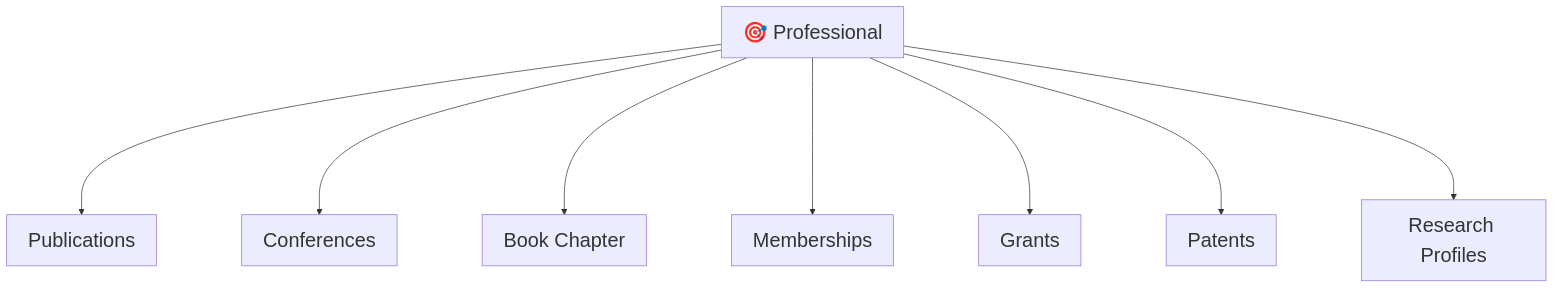
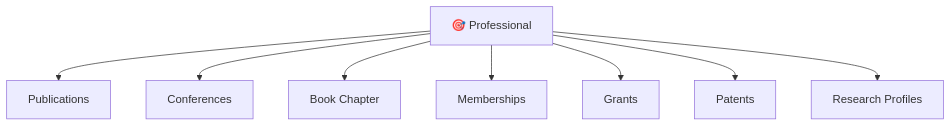
Before and after one commit to ankitn1311/acharya_docs: the seventh of 7 diagrams in src/content/modules/employee/my-menu/my-profile.mdx, drawn with Mermaid. The commit also changed other lines of this file, not shown here.

Commit message:
charts immproved

````diff
--- a/src/content/modules/employee/my-menu/my-profile.mdx
+++ b/src/content/modules/employee/my-menu/my-profile.mdx
@@ -277,11 +244,10 @@
 ```mermaid
-%%{init: {'theme': 'default', 'themeVariables': {'fontSize': '28px', 'nodePadding': '28px', 'nodeBorderRadius': '14px'}, 'flowchart': {'rankSpacing': 200, 'nodeSpacing': 120}}}%%
-graph TB
+flowchart TD
     G[🎯 Professional] --> G1[Publications]
     G --> G2[Conferences]
     G --> G3[Book Chapter]
     G --> G4[Memberships]
     G --> G5[Grants]
     G --> G6[Patents]
     G --> G7[Research Profiles]
 ```
````
